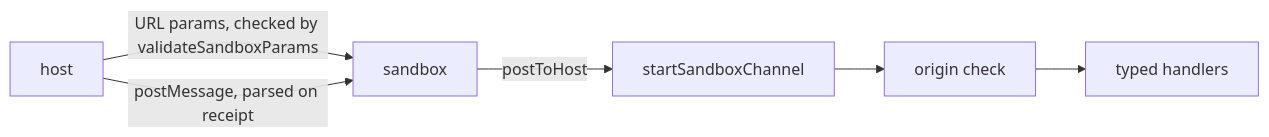
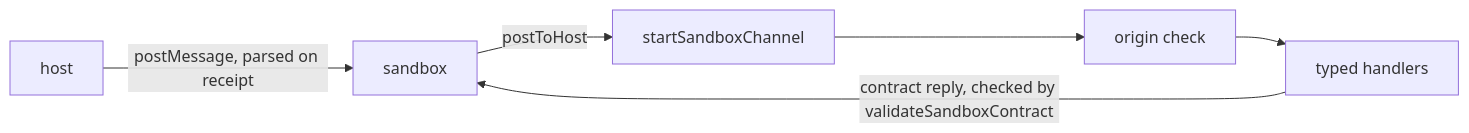
The diagram in packages/sandbox-wire/README.md (paritytech/dotli-community), drawn with Mermaid before and after one commit. The commit also changed other lines of this file and 38 other files, not shown here.

````diff
--- a/packages/sandbox-wire/README.md
+++ b/packages/sandbox-wire/README.md
@@ -39,6 +34,6 @@
 ```mermaid
 flowchart LR
-  host -- "URL params, checked by validateSandboxParams" --> sandbox
   sandbox -- postToHost --> channel[startSandboxChannel] --> check[origin check] --> handlers[typed handlers]
+  handlers -- "contract reply, checked by validateSandboxContract" --> sandbox
   host -- "postMessage, parsed on receipt" --> sandbox
 ```
````
